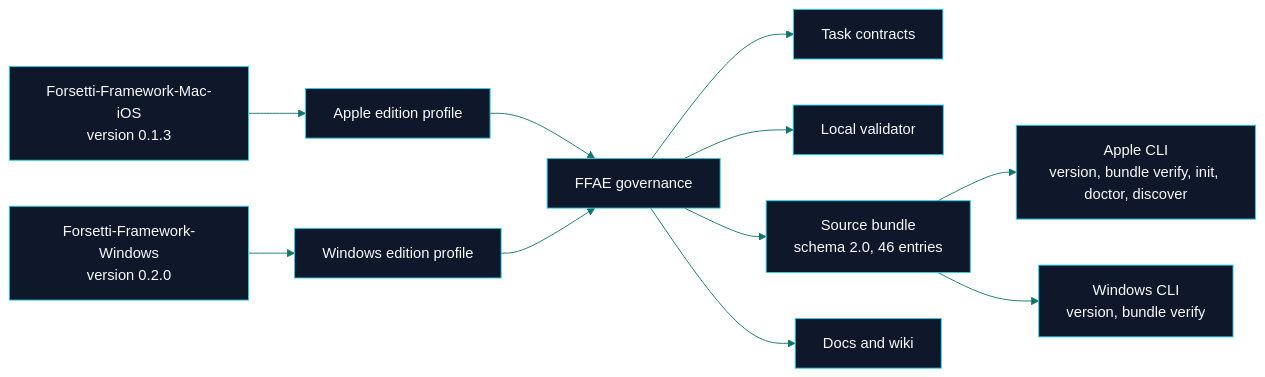
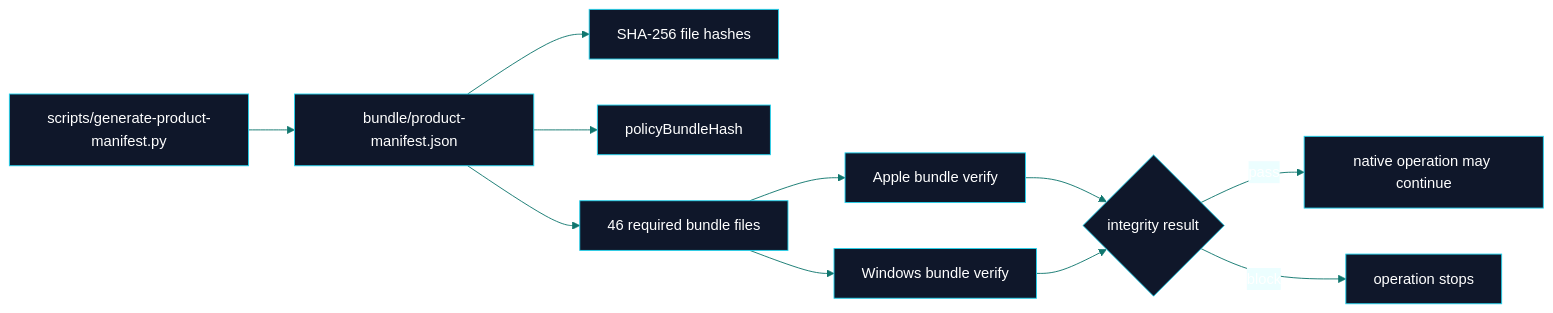
Before and after one commit to flynn33/forsetti-agentic-edition: the second of 2 diagrams in wiki/Overview.md, drawn with Mermaid. The commit also changed other lines of this file and 11 other files, not shown here.

Commit message:
Align wiki with product state

````diff
--- a/wiki/Overview.md
+++ b/wiki/Overview.md
@@ -75,14 +100,14 @@
 ```mermaid
-%%{init: {"theme":"base","themeVariables":{"primaryColor":"#0f172a","primaryTextColor":"#f8fafc","primaryBorderColor":"#22d3ee","lineColor":"#0f766e","secondaryColor":"#f0fdfa","tertiaryColor":"#ecfeff"}}}%%
+%%{init: {"theme":"base","themeVariables":{"primaryColor":"#0f172a","primaryTextColor":"#ffffff","primaryBorderColor":"#22d3ee","lineColor":"#0f766e","secondaryColor":"#ecfeff","tertiaryColor":"#f8fafc"}}}%%
 flowchart LR
-    Apple["Forsetti-Framework-Mac-iOS<br/>version 0.1.3"] --> AppleProfile["Apple edition profile"]
-    Windows["Forsetti-Framework-Windows<br/>version 0.2.0"] --> WindowsProfile["Windows edition profile"]
-    AppleProfile --> FFAE["FFAE governance"]
-    WindowsProfile --> FFAE
-    FFAE --> Contracts["Task contracts"]
-    FFAE --> Validator["Local validator"]
-    FFAE --> Bundle["Source bundle<br/>schema 2.0, 46 entries"]
-    Bundle --> AppleCLI["Apple CLI<br/>version, bundle verify, init, doctor, discover"]
-    Bundle --> WindowsCLI["Windows CLI<br/>version, bundle verify"]
-    FFAE --> Docs["Docs and wiki"]
+    Generator["scripts/generate-product-manifest.py"] --> Manifest["bundle/product-manifest.json"]
+    Manifest --> Hashes["SHA-256 file hashes"]
+    Manifest --> PolicyHash["policyBundleHash"]
+    Manifest --> BundleFiles["46 required bundle files"]
+    BundleFiles --> AppleVerify["Apple bundle verify"]
+    BundleFiles --> WindowsVerify["Windows bundle verify"]
+    AppleVerify --> Decision{"integrity result"}
+    WindowsVerify --> Decision
+    Decision -->|pass| Continue["native operation may continue"]
+    Decision -->|block| Stop["operation stops"]
 ```
````
